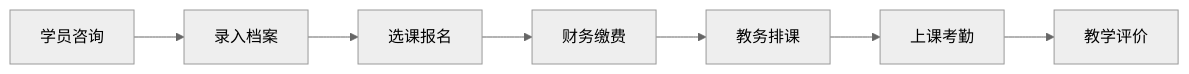
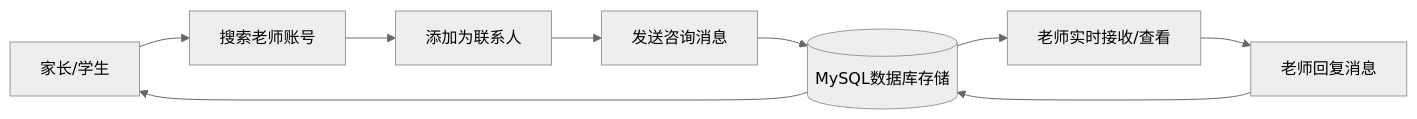
One commit to AetherSM/zhao changed the fourth of 6 diagrams in docs/项目详细设计文档.md. Above: the diagram before and after it, drawn with Mermaid (neutral theme). The commit also changed other lines of this file and 10 other files, not shown here.

````diff
--- a/docs/项目详细设计文档.md
+++ b/docs/项目详细设计文档.md
@@ -217,9 +312,11 @@
 ```mermaid
 graph LR
-    A[学员咨询] --> B[录入档案]
-    B --> C[选课报名]
-    C --> D[财务缴费]
-    D --> E[教务排课]
-    E --> F[上课考勤]
-    F --> G[教学评价]
+    P[家长/学生] --> P1[搜索老师账号]
+    P1 --> P2[添加为联系人]
+    P2 --> P3[发送咨询消息]
+    P3 --> M[(MySQL数据库存储)]
+    M --> T[老师实时接收/查看]
+    T --> T1[老师回复消息]
+    T1 --> M
+    M --> P
 ```
````
